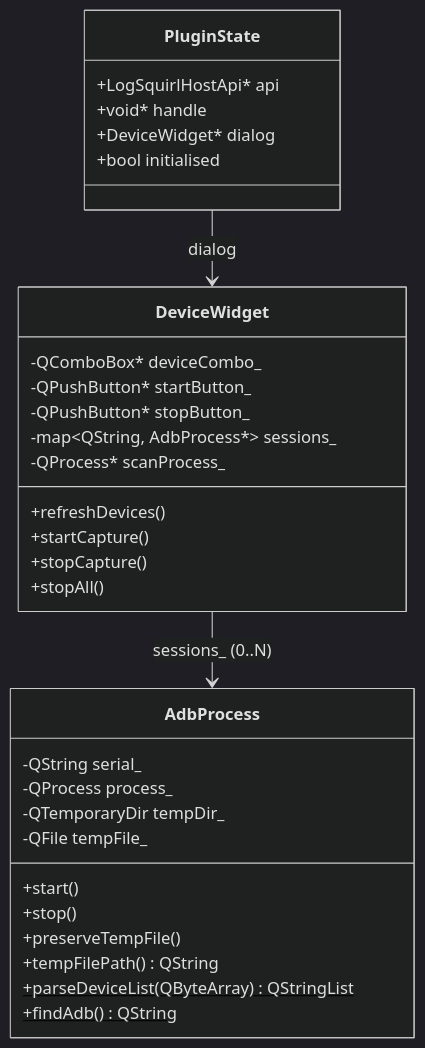
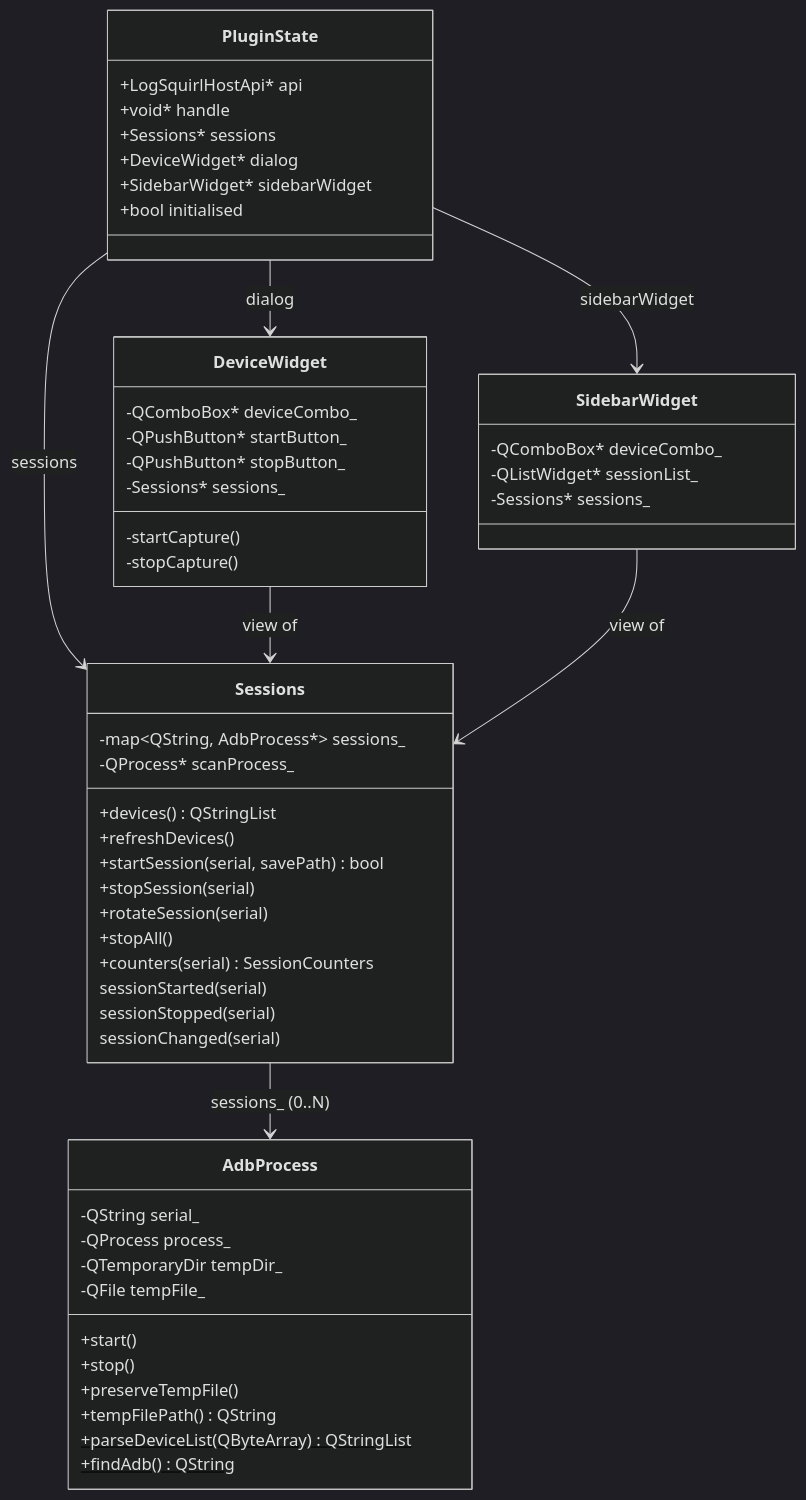
Before and after one commit to 64x-lunicorn/LogSquirl-Logcat: the second of 2 diagrams in docs/DEVELOPER_GUIDE.md, drawn with Mermaid (dark theme). The commit also changed 16 other files, not shown here.

First line of the commit message:
Sessions live apart from the dialog, with their counters public (#47)

````diff
--- a/docs/DEVELOPER_GUIDE.md
+++ b/docs/DEVELOPER_GUIDE.md
@@ -320,37 +320,61 @@
 ```mermaid
 classDiagram
     class PluginState {
         +LogSquirlHostApi* api
         +void* handle
+        +Sessions* sessions
         +DeviceWidget* dialog
+        +SidebarWidget* sidebarWidget
         +bool initialised
+    }
+
+    class Sessions {
+        -map~QString, AdbProcess*~ sessions_
+        -QProcess* scanProcess_
+        +devices() QStringList
+        +refreshDevices()
+        +startSession(serial, savePath) bool
+        +stopSession(serial)
+        +rotateSession(serial)
+        +stopAll()
+        +counters(serial) SessionCounters
+        sessionStarted(serial)
+        sessionStopped(serial)
+        sessionChanged(serial)
     }
 
     class DeviceWidget {
         -QComboBox* deviceCombo_
         -QPushButton* startButton_
         -QPushButton* stopButton_
-        -map~QString, AdbProcess*~ sessions_
-        -QProcess* scanProcess_
-        +refreshDevices()
-        +startCapture()
-        +stopCapture()
-        +stopAll()
+        -Sessions* sessions_
+        -startCapture()
+        -stopCapture()
+    }
+
+    class SidebarWidget {
+        -QComboBox* deviceCombo_
+        -QListWidget* sessionList_
+        -Sessions* sessions_
     }
 
     class AdbProcess {
         -QString serial_
         -QProcess process_
         -QTemporaryDir tempDir_
         -QFile tempFile_
         +start()
         +stop()
         +preserveTempFile()
         +tempFilePath() QString
         +parseDeviceList(QByteArray)$ QStringList
         +findAdb()$ QString
     }
 
+    PluginState --> Sessions : sessions
     PluginState --> DeviceWidget : dialog
-    DeviceWidget --> AdbProcess : sessions_ (0..N)
+    PluginState --> SidebarWidget : sidebarWidget
+    DeviceWidget --> Sessions : view of
+    SidebarWidget --> Sessions : view of
+    Sessions --> AdbProcess : sessions_ (0..N)
 ```
````
